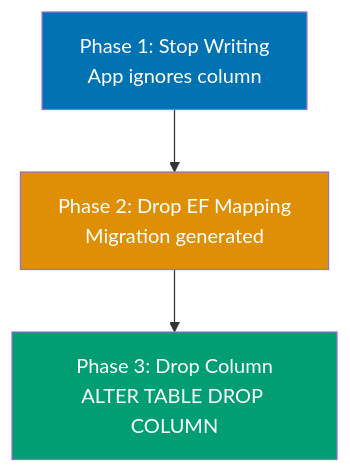
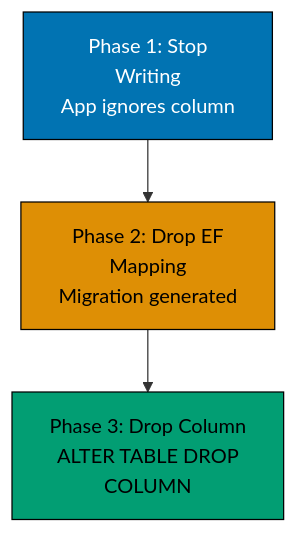
One commit to wahidyankf/ose-public changed the third of 5 diagrams in apps/ayokoding-www/content/en/learn/legacy/software-engineering/data/tools/csharp-ef-core/by-example/advanced.md. Above: the diagram before and after it, drawn with Mermaid. The commit also changed other lines of this file and 131 other files, not shown here.

First line of the commit message:
fix(mermaid): bring the legacy data, infrastructure, and testing diagrams onto the accessible palette

````diff
--- a/apps/ayokoding-www/content/en/learn/legacy/software-engineering/data/tools/csharp-ef-core/by-example/advanced.md
+++ b/apps/ayokoding-www/content/en/learn/legacy/software-engineering/data/tools/csharp-ef-core/by-example/advanced.md
@@ -265,10 +279,16 @@
 ```mermaid
 %% Color Palette: Blue #0173B2, Orange #DE8F05, Teal #029E73, Purple #CC78BC, Brown #CA9161
 graph TD
-    A[Phase 1: Stop Writing<br/>App ignores column] --> B[Phase 2: Drop EF Mapping<br/>Migration generated]
-    B --> C[Phase 3: Drop Column<br/>ALTER TABLE DROP COLUMN]
+    accTitle: Example 64: Zero-Downtime Column Removal
+    accDescr: Graph with 3 nodes and 2 connections. Nodes: Phase 1: Stop Writing App ignores column, Phase 2: Drop EF Mapping Migration generated, Phase 3: Drop Column ALTER TABLE DROP COLUMN. Connections: Phase 1: Stop Writing App ignores column to Phase 2: Drop EF Mapping Migration generated, Phase 2: Drop EF Mapping Migration generated to Phase 3: Drop Column ALTER TABLE DROP COLUMN.
+    A[Phase 1: Stop<br/>Writing<br/>App ignores column] --> B[Phase 2: Drop EF<br/>Mapping<br/>Migration generated]
+    B --> C[Phase 3: Drop Column<br/>ALTER TABLE DROP<br/>COLUMN]
 
-    style A fill:#0173B2,color:#fff
-    style B fill:#DE8F05,color:#fff
-    style C fill:#029E73,color:#fff
+    classDef pal-0173B2 fill:#0173B2,stroke:#000000,color:#FFFFFF
+    class A pal-0173B2
+    classDef pal-DE8F05 fill:#DE8F05,stroke:#000000,color:#000000
+    class B pal-DE8F05
+    classDef pal-029E73 fill:#029E73,stroke:#000000,color:#000000
+    class C pal-029E73
+    classDef default fill:#FFFFFF,stroke:#000000,color:#000000
 ```
````
